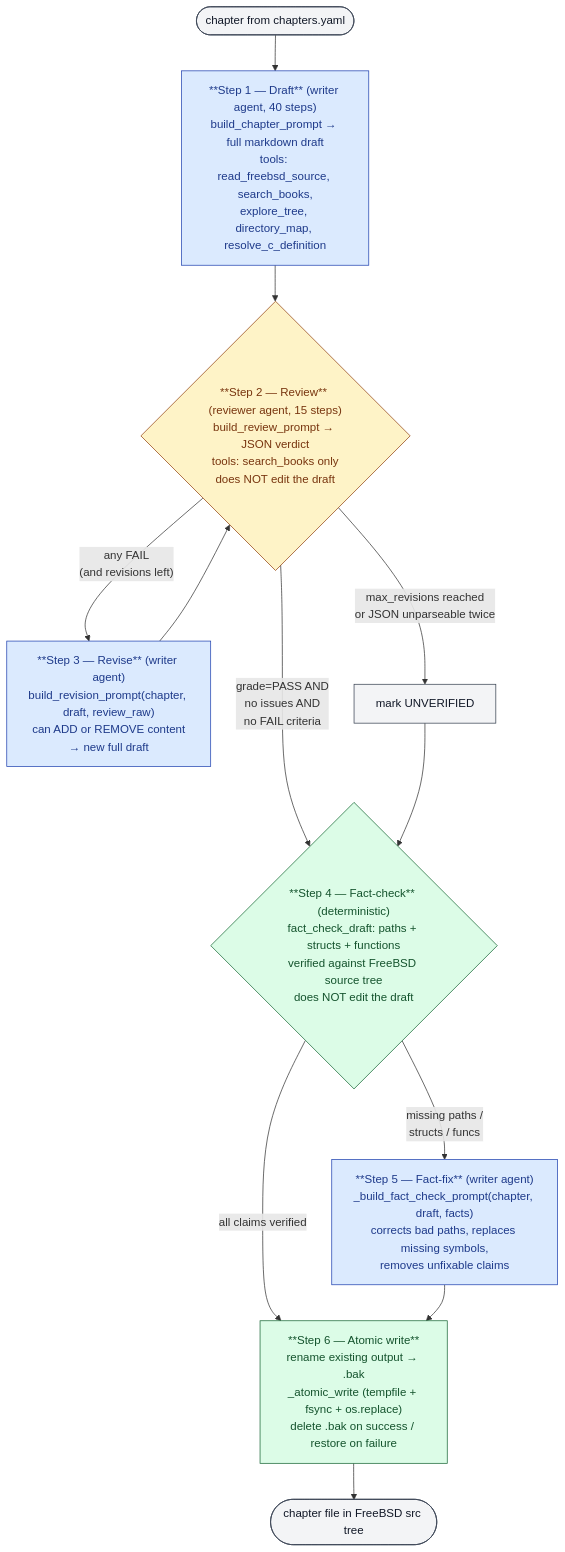
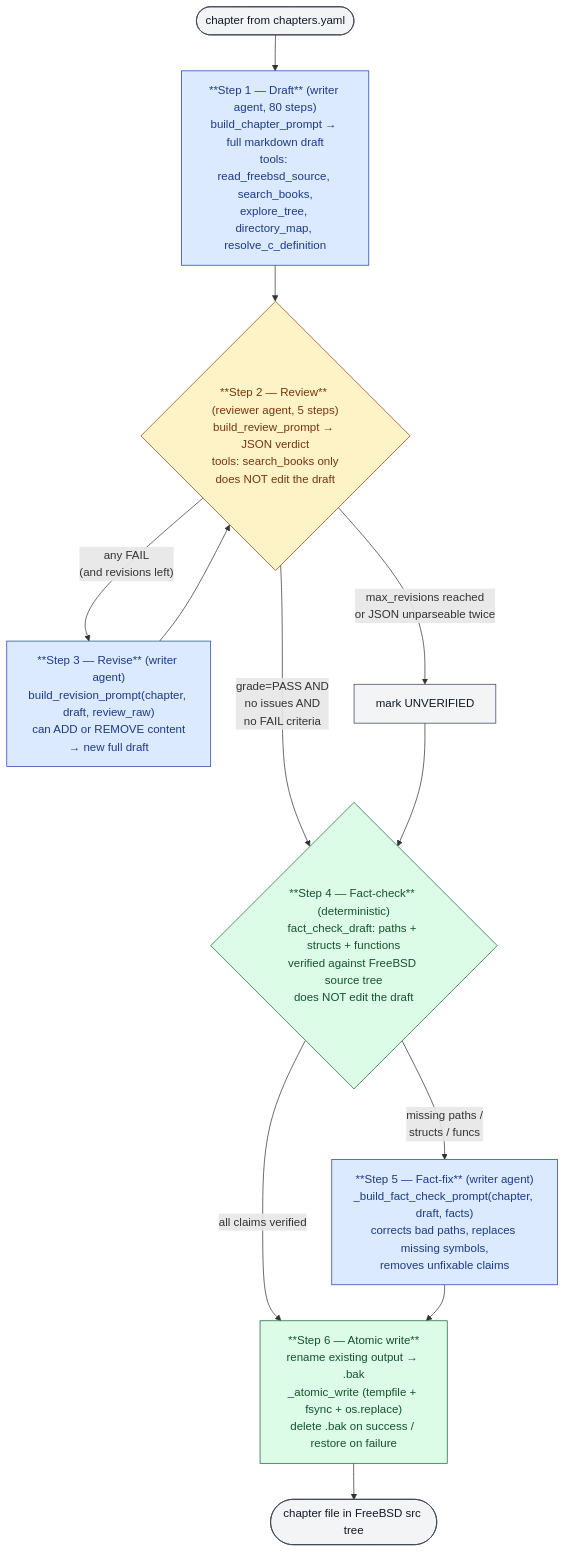
Before and after one commit to ocochard/DaemonDocs: the diagram in README.md, drawn with Mermaid. The commit also changed other lines of this file, not shown here.

````diff
--- a/README.md
+++ b/README.md
@@ -172,35 +172,35 @@
 ```mermaid
 flowchart TD
     Start([chapter from chapters.yaml]) --> Draft
 
-    Draft["**Step 1 — Draft** (writer agent, 40 steps)<br/>build_chapter_prompt → full markdown draft<br/>tools: read_freebsd_source, search_books,<br/>explore_tree, directory_map, resolve_c_definition"]
+    Draft["**Step 1 — Draft** (writer agent, 80 steps)<br/>build_chapter_prompt → full markdown draft<br/>tools: read_freebsd_source, search_books,<br/>explore_tree, directory_map, resolve_c_definition"]
     Draft --> Review
 
-    Review{"**Step 2 — Review** (reviewer agent, 15 steps)<br/>build_review_prompt → JSON verdict<br/>tools: search_books only<br/>does NOT edit the draft"}
+    Review{"**Step 2 — Review** (reviewer agent, 5 steps)<br/>build_review_prompt → JSON verdict<br/>tools: search_books only<br/>does NOT edit the draft"}
     Review -- "grade=PASS AND<br/>no issues AND<br/>no FAIL criteria" --> FactCheck
     Review -- "any FAIL<br/>(and revisions left)" --> Revise
     Review -- "max_revisions reached<br/>or JSON unparseable twice" --> Unapproved[mark UNVERIFIED]
     Unapproved --> FactCheck
 
     Revise["**Step 3 — Revise** (writer agent)<br/>build_revision_prompt(chapter, draft, review_raw)<br/>can ADD or REMOVE content<br/>→ new full draft"]
     Revise --> Review
 
     FactCheck{"**Step 4 — Fact-check** (deterministic)<br/>fact_check_draft: paths + structs + functions<br/>verified against FreeBSD source tree<br/>does NOT edit the draft"}
     FactCheck -- "all claims verified" --> Write
     FactCheck -- "missing paths /<br/>structs / funcs" --> FactFix
 
     FactFix["**Step 5 — Fact-fix** (writer agent)<br/>_build_fact_check_prompt(chapter, draft, facts)<br/>corrects bad paths, replaces missing symbols,<br/>removes unfixable claims"]
     FactFix --> Write
 
     Write["**Step 6 — Atomic write**<br/>rename existing output → .bak<br/>_atomic_write (tempfile + fsync + os.replace)<br/>delete .bak on success / restore on failure"]
     Write --> End([chapter file in FreeBSD src tree])
 
     classDef writer fill:#dbeafe,stroke:#1e40af,color:#1e3a8a;
     classDef reviewer fill:#fef3c7,stroke:#92400e,color:#78350f;
     classDef deterministic fill:#dcfce7,stroke:#166534,color:#14532d;
     classDef io fill:#f3f4f6,stroke:#374151,color:#111827;
     class Draft,Revise,FactFix writer;
     class Review reviewer;
     class FactCheck,Write deterministic;
     class Start,End,Unapproved io;
 ```
````
